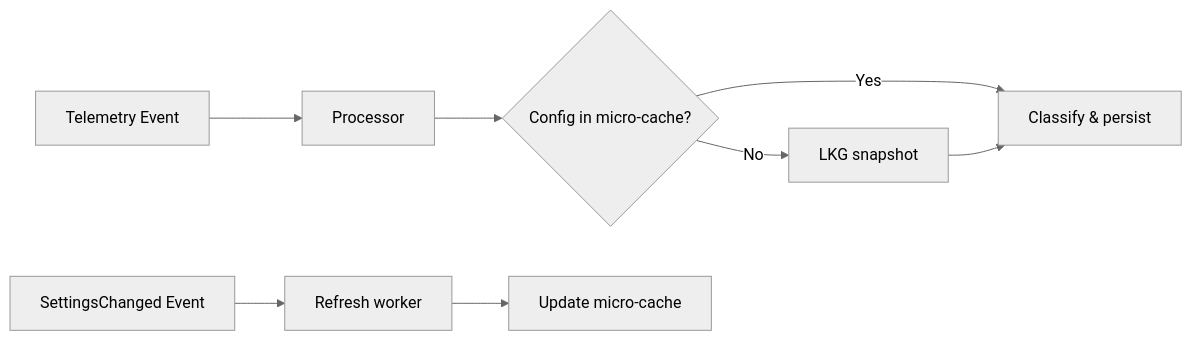
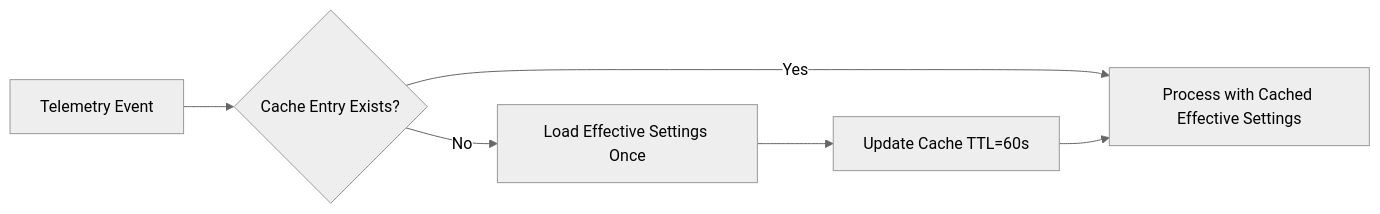
Before and after one commit to ultimatixarup/onpoint-aws: the second of 2 diagrams in documentation/requirement/settings-feature-implementation-guide.md, drawn with Mermaid (neutral theme). The commit also changed other lines of this file, not shown here.

Commit message:
Redesign settings implementation guide for lean cost-optimized v1

````diff
--- a/documentation/requirement/settings-feature-implementation-guide.md
+++ b/documentation/requirement/settings-feature-implementation-guide.md
@@ -278,10 +124,8 @@
 ```mermaid
 flowchart LR
-    E[Telemetry Event] --> P[Processor]
-    P --> C{Config in micro-cache?}
-    C -- Yes --> X[Classify & persist]
-    C -- No --> L[LKG snapshot]
-    L --> X
-    S[SettingsChanged Event] --> R[Refresh worker]
-    R --> MC[Update micro-cache]
+    E[Telemetry Event] --> C{Cache Entry Exists?}
+    C -- Yes --> P[Process with Cached Effective Settings]
+    C -- No --> R[Load Effective Settings Once]
+    R --> U[Update Cache TTL=60s]
+    U --> P
 ```
````
